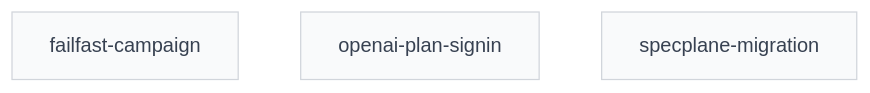
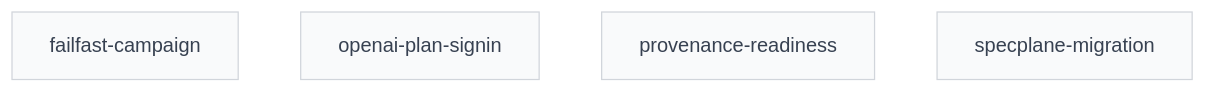
One commit to SpiralSky/ai-workflow changed the diagram in plans/PLANS.md. Above: the diagram before and after it, drawn with Mermaid. The commit also changed other lines of this file and 76 other files, not shown here.

Commit message:
Verify packaged runtime readiness and broker provenance (source 179ac108)

````diff
--- a/plans/PLANS.md
+++ b/plans/PLANS.md
@@ -19,13 +20,14 @@
 ```mermaid
 graph TD
     p_2026_11_01_failfast_campaign[failfast-campaign]:::draft
     p_2026_11_01_openai_plan_signin[openai-plan-signin]:::draft
+    p_2026_11_01_provenance_readiness[provenance-readiness]:::draft
     p_2026_11_01_specplane_migration[specplane-migration]:::draft
     classDef draft fill:#f9fafb,color:#374151,stroke:#d1d5db
     classDef ready fill:#22c55e,color:#fff
     classDef blocked fill:#ef4444,color:#fff
     classDef in_progress fill:#3b82f6,color:#fff
     classDef review fill:#60a5fa,color:#fff
     classDef done fill:#9ca3af,color:#fff
     classDef abandoned fill:#9ca3af,color:#fff,text-decoration:line-through
 ```
````
